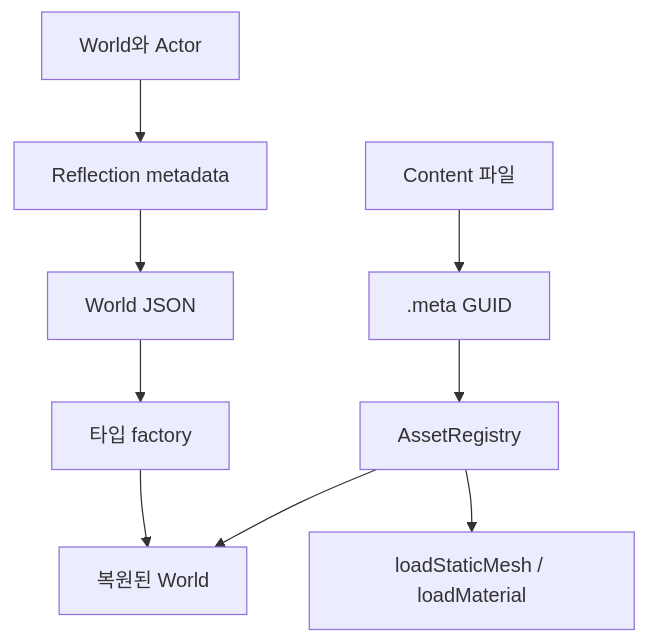
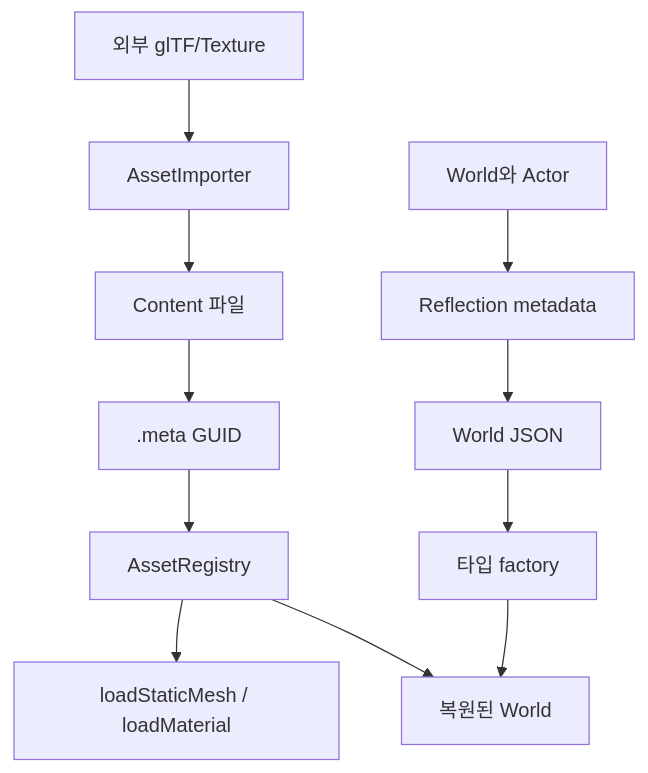
Before and after one commit to gitUserKHS/game_engine: the diagram in docs/modules/assets-and-serialization.md, drawn with Mermaid. The commit also changed other lines of this file and 5 other files, not shown here.

````diff
--- a/docs/modules/assets-and-serialization.md
+++ b/docs/modules/assets-and-serialization.md
@@ -23,11 +24,13 @@
 ```mermaid
 flowchart TD
     Content["Content 파일"] --> Meta[".meta GUID"]
+    External["외부 glTF/Texture"] --> Importer["AssetImporter"]
+    Importer --> Content
     Meta --> Registry["AssetRegistry"]
     Registry --> Load["loadStaticMesh / loadMaterial"]
     World["World와 Actor"] --> Reflection["Reflection metadata"]
     Reflection --> Json["World JSON"]
     Json --> Factory["타입 factory"]
     Factory --> Restored["복원된 World"]
     Registry --> Restored
 ```
````
